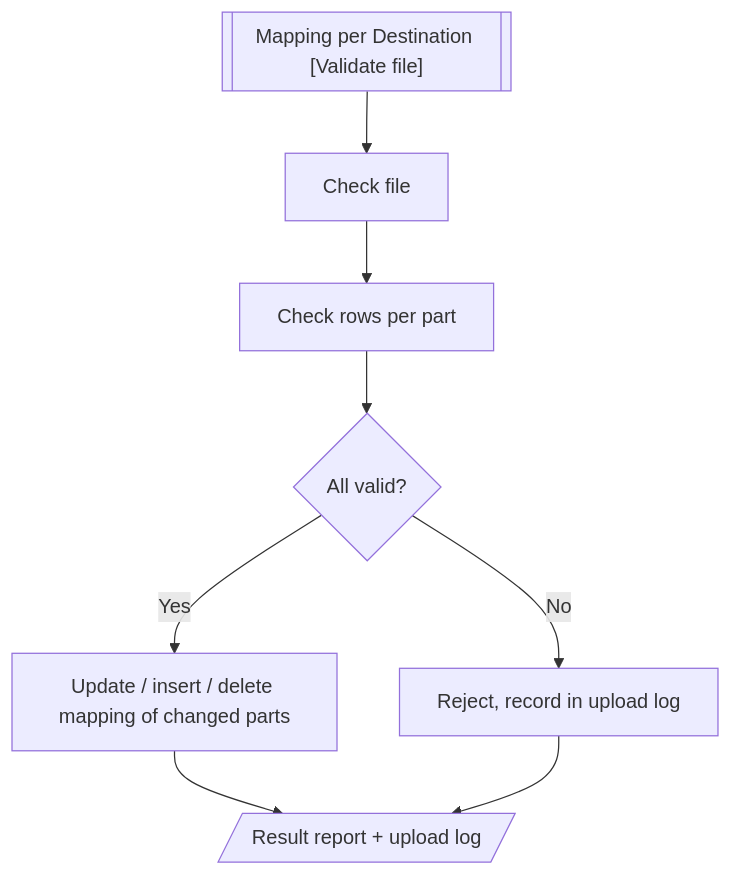
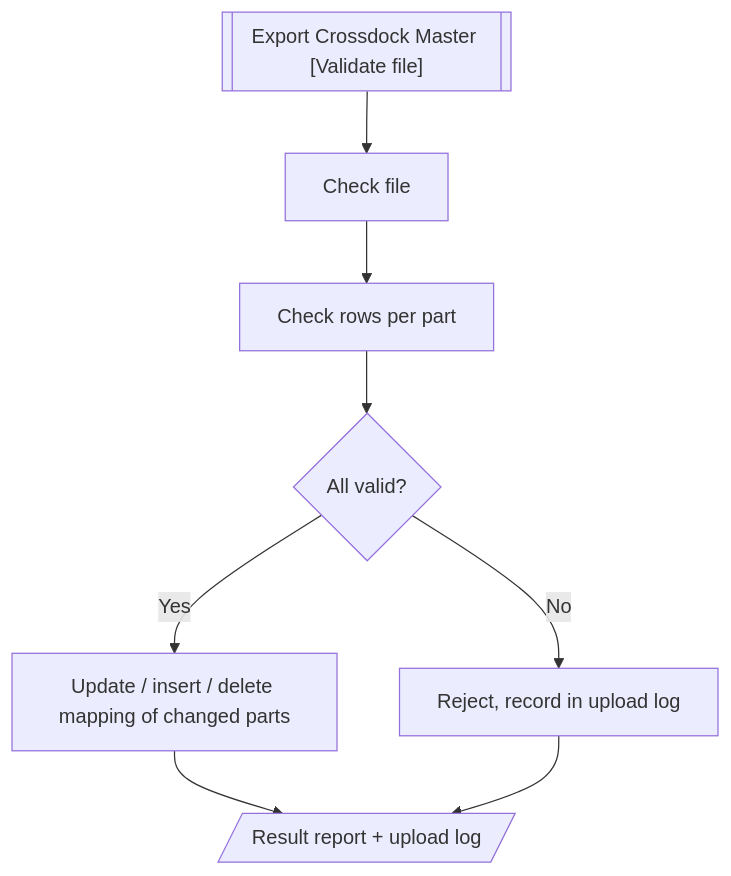
The first of 2 diagrams in prepare_code/uiss/XD03_Batch_PartDestinationMappingUpload.md (ivanrayhannn/crossdockpoc), drawn with Mermaid before and after one commit. The commit also changed other lines of this file and 92 other files, not shown here.

First line of the commit message:
Crossdock Master names (Kanban / Export Crossdock Master), period on the Kanban Crossdock Master, Order Type per destination row

````diff
--- a/prepare_code/uiss/XD03_Batch_PartDestinationMappingUpload.md
+++ b/prepare_code/uiss/XD03_Batch_PartDestinationMappingUpload.md
@@ -25,17 +26,17 @@
 ```mermaid
 flowchart TB
-  a[["Mapping per Destination [Validate file]"]]
+  a[["Export Crossdock Master [Validate file]"]]
   b["Check file"]
   c["Check rows per part"]
   d{"All valid?"}
   e["Update / insert / delete mapping of changed parts"]
   f["Reject, record in upload log"]
   g[/"Result report + upload log"/]
   a --> b
   b --> c
   c --> d
   d -->|Yes| e
   d -->|No| f
   e --> g
   f --> g
 ```
````
